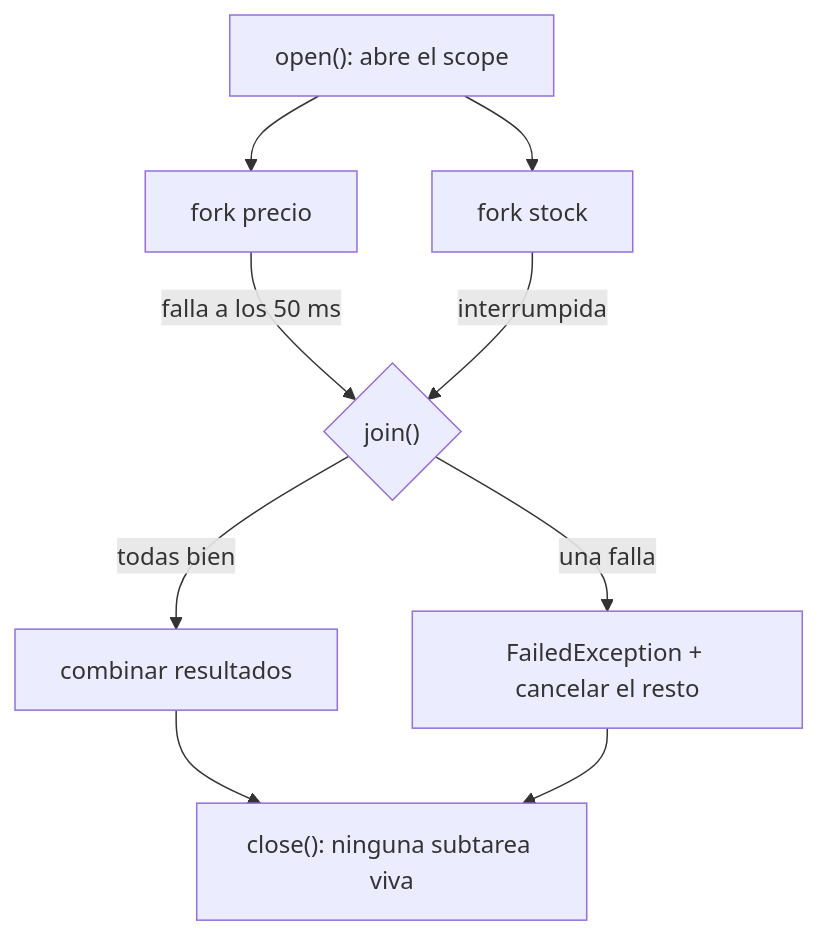
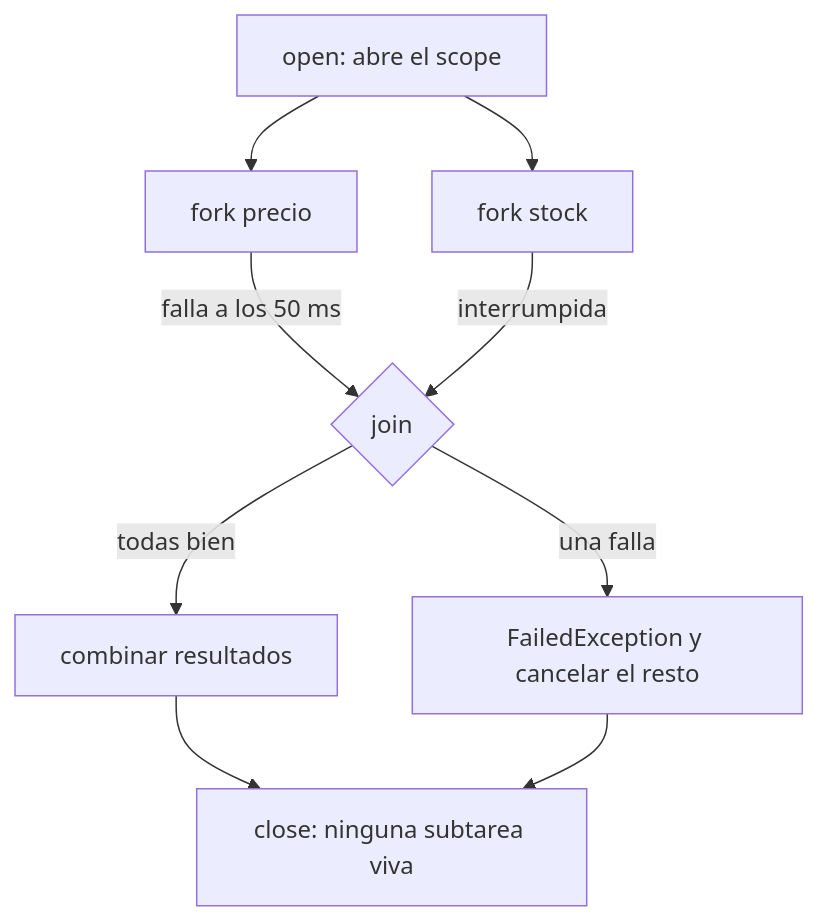
Before and after one commit to NICORUIZ93/The_Imperial_Book: the fifth of 7 diagrams in web/public/content/java/modulo-5.md, drawn with Mermaid. The commit also changed other lines of this file and 65 other files, not shown here.

````diff
--- a/web/public/content/java/modulo-5.md
+++ b/web/public/content/java/modulo-5.md
@@ -1602,11 +2116,11 @@
 ```mermaid
 flowchart TB
-  O["open(): abre el scope"] --> F1["fork precio"]
+  O["open: abre el scope"] --> F1["fork precio"]
   O --> F2["fork stock"]
-  F1 -->|falla a los 50 ms| J{"join()"}
-  F2 -->|interrumpida| J
-  J -->|todas bien| OK["combinar resultados"]
-  J -->|una falla| X["FailedException + cancelar el resto"]
-  OK --> C["close(): ninguna subtarea viva"]
+  F1 -->|"falla a los 50 ms"| J{"join"}
+  F2 -->|"interrumpida"| J
+  J -->|"todas bien"| OK["combinar resultados"]
+  J -->|"una falla"| X["FailedException y cancelar el resto"]
+  OK --> C["close: ninguna subtarea viva"]
   X --> C
 ```
````
